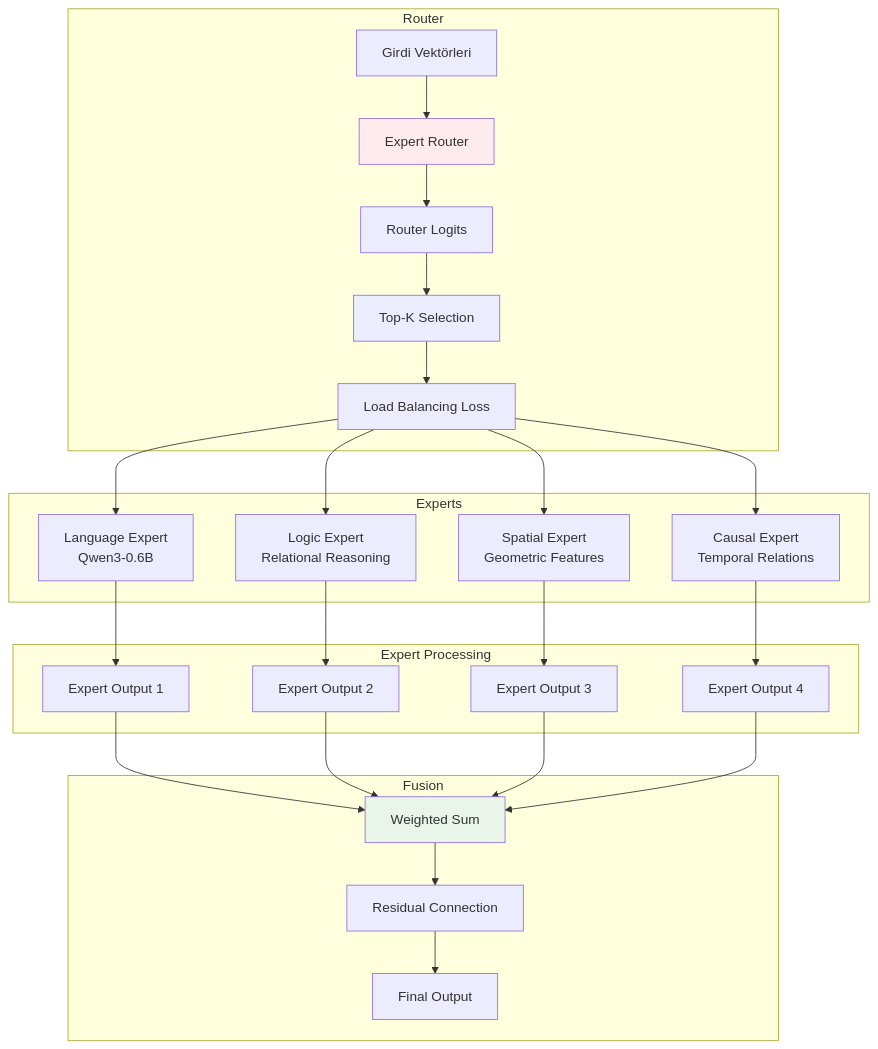
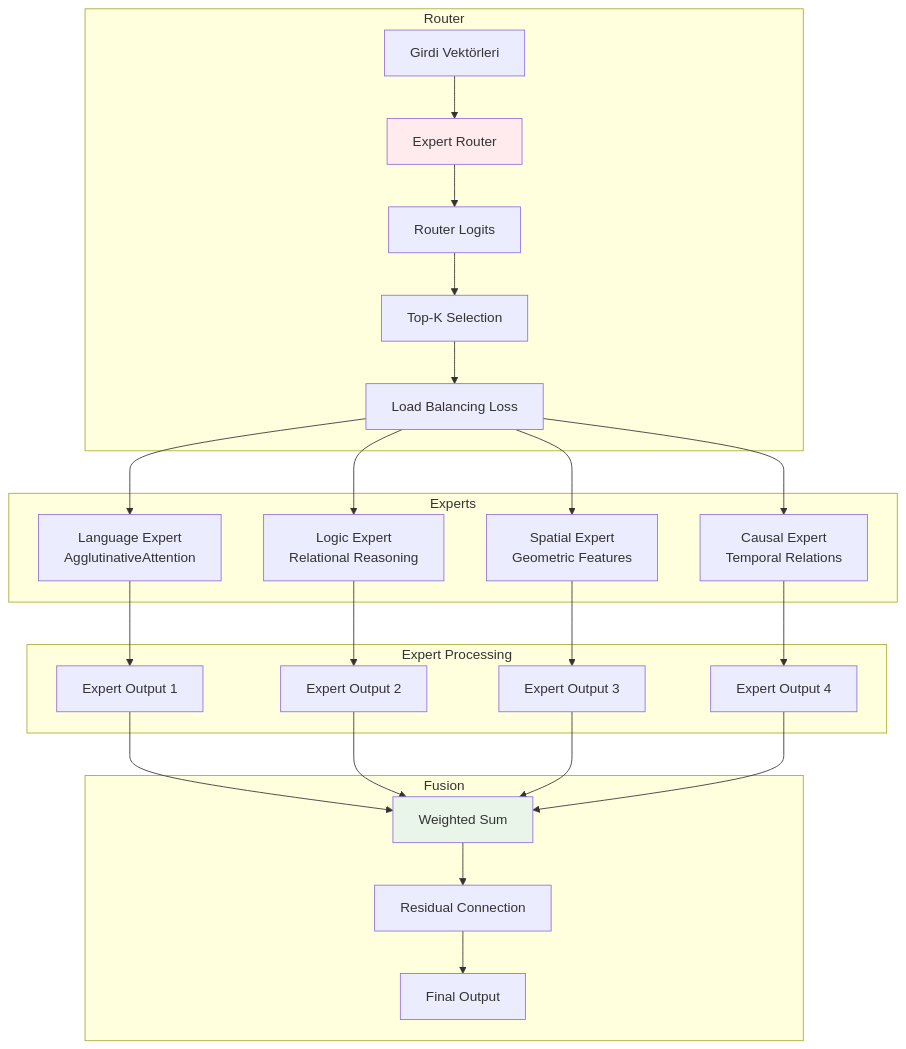
One commit to inkbytefo/agiformer_a changed the fifth of 9 diagrams in AGIFORMER_ARCHITECTURE_DIAGRAMS.md. Above: the diagram before and after it, drawn with Mermaid. The commit also changed 38 other files, not shown here.

````diff
--- a/AGIFORMER_ARCHITECTURE_DIAGRAMS.md
+++ b/AGIFORMER_ARCHITECTURE_DIAGRAMS.md
@@ -140,35 +140,35 @@
 ```mermaid
 graph TB
     subgraph "Router"
         A[Girdi Vektörleri] --> B[Expert Router]
         B --> C[Router Logits]
         C --> D[Top-K Selection]
         D --> E[Load Balancing Loss]
     end
     
     subgraph "Experts"
-        E --> F[Language Expert<br/>Qwen3-0.6B]
+        E --> F[Language Expert<br/>AgglutinativeAttention]
         E --> G[Logic Expert<br/>Relational Reasoning]
         E --> H[Spatial Expert<br/>Geometric Features]
         E --> I[Causal Expert<br/>Temporal Relations]
     end
     
     subgraph "Expert Processing"
         F --> J[Expert Output 1]
         G --> K[Expert Output 2]
         H --> L[Expert Output 3]
         I --> M[Expert Output 4]
     end
     
     subgraph "Fusion"
         J --> N[Weighted Sum]
         K --> N
         L --> N
         M --> N
         N --> O[Residual Connection]
         O --> P[Final Output]
     end
     
     style B fill:#ffebee
     style N fill:#e8f5e8
 ```
````
